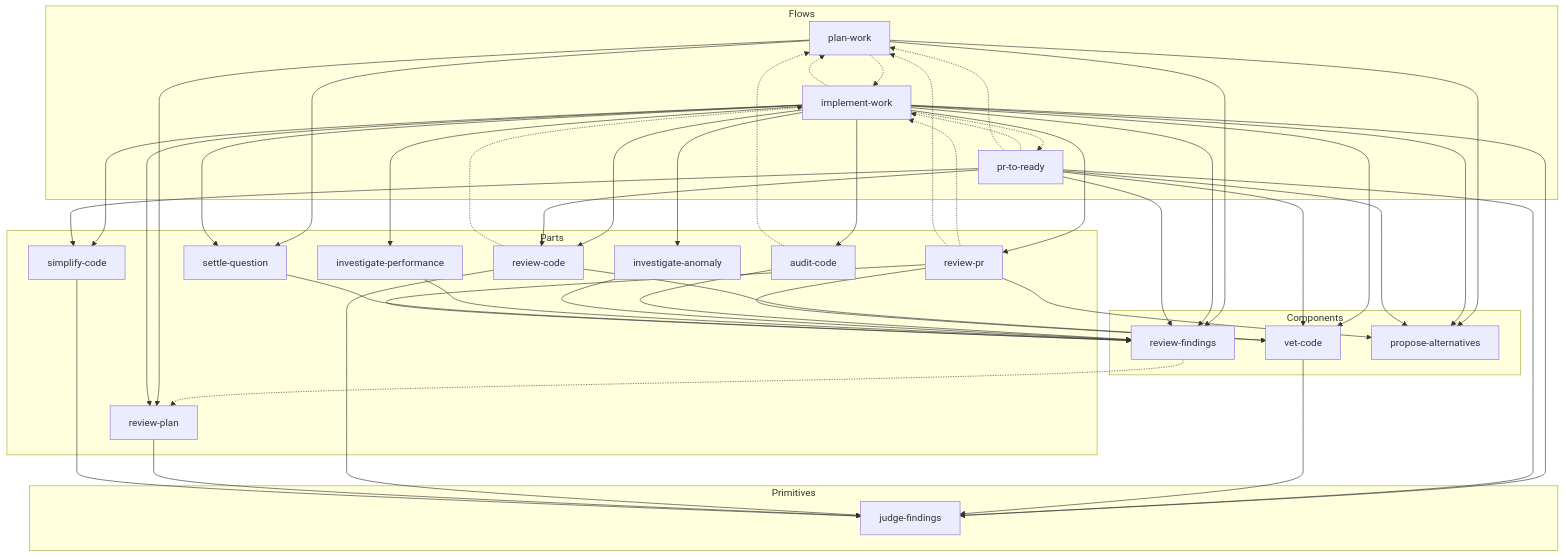
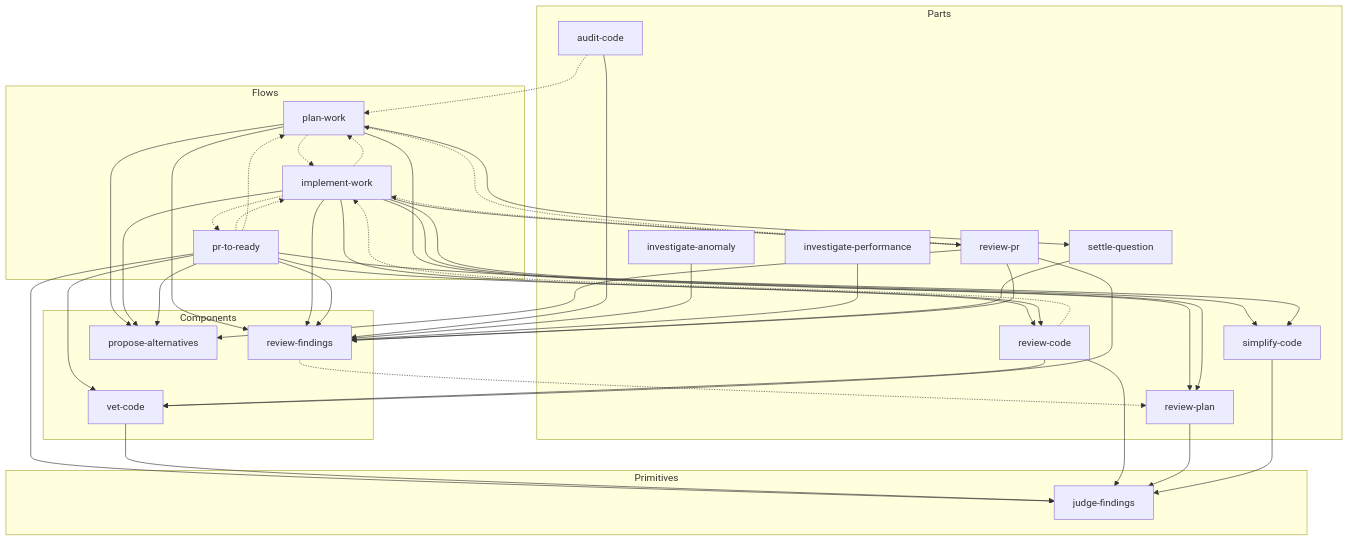
Before and after one commit to yowcow/dude: the first of 2 diagrams in README.md, drawn with Mermaid. The commit also changed other lines of this file and 1 other file, not shown here.

Commit message:
規則: 読み取りルート外の計測レコードの許可を一般化し、依存図を依存に限る

````diff
--- a/README.md
+++ b/README.md
@@ -38,72 +38,66 @@
 ```mermaid
 flowchart TB
   subgraph Flows
     plan-work
     implement-work
     pr-to-ready
   end
   subgraph Parts
     review-code
     review-plan
     simplify-code
     review-pr
     audit-code
     settle-question
     investigate-anomaly
     investigate-performance
   end
   subgraph Components
     vet-code
     review-findings
     propose-alternatives
   end
   subgraph Primitives
     judge-findings
   end
 
   plan-work -.-> implement-work
   implement-work -.-> plan-work
   implement-work -.-> pr-to-ready
   pr-to-ready -.-> implement-work
   pr-to-ready -.-> plan-work
   review-code -.-> implement-work
   review-pr -.-> implement-work
   review-pr -.-> plan-work
   audit-code -.-> plan-work
   review-findings -.-> review-plan
 
   plan-work --> review-plan
   plan-work --> settle-question
   plan-work --> propose-alternatives
   plan-work --> review-findings
   implement-work --> review-code
   implement-work --> review-plan
   implement-work --> review-pr
   implement-work --> simplify-code
   implement-work --> propose-alternatives
   implement-work --> review-findings
-  implement-work --> audit-code
-  implement-work --> investigate-anomaly
-  implement-work --> investigate-performance
-  implement-work --> settle-question
-  implement-work --> vet-code
-  implement-work --> judge-findings
   pr-to-ready --> review-code
   pr-to-ready --> simplify-code
   pr-to-ready --> vet-code
   pr-to-ready --> judge-findings
   pr-to-ready --> propose-alternatives
   pr-to-ready --> review-findings
   audit-code --> review-findings
   investigate-anomaly --> review-findings
   investigate-performance --> review-findings
   settle-question --> review-findings
   review-code --> vet-code
   review-pr --> vet-code
   review-pr --> propose-alternatives
   review-pr --> review-findings
   vet-code --> judge-findings
   review-code --> judge-findings
   review-plan --> judge-findings
   simplify-code --> judge-findings
 ```
````
